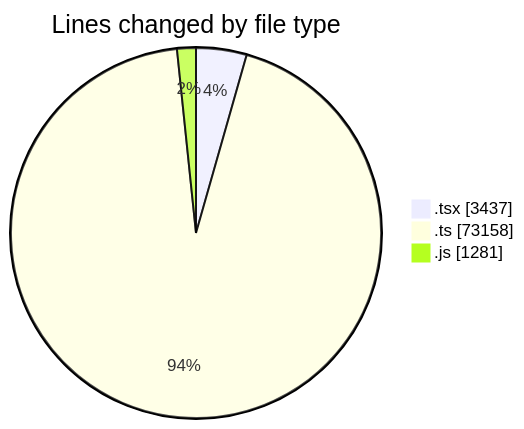
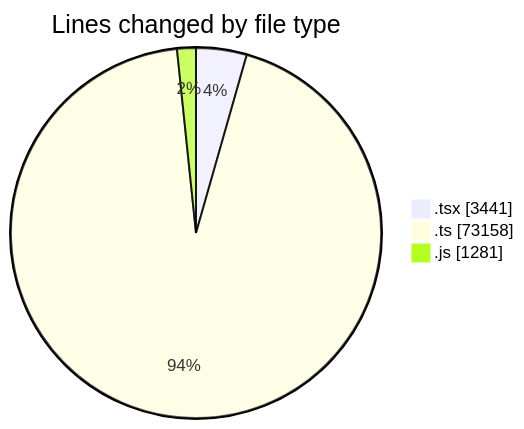
The first of 2 diagrams in 2026-11-09/cda/README.md (momahboobian/code-tracking), drawn with Mermaid before and after one commit. The commit also changed other lines of this file and 1 other file, not shown here.

````diff
--- a/2026-11-09/cda/README.md
+++ b/2026-11-09/cda/README.md
@@ -54,7 +54,7 @@
 ```mermaid
 pie showData
 title Lines changed by file type
-".tsx" : 3437
+".tsx" : 3441
 ".ts" : 73158
 ".js" : 1281
 ```
````
